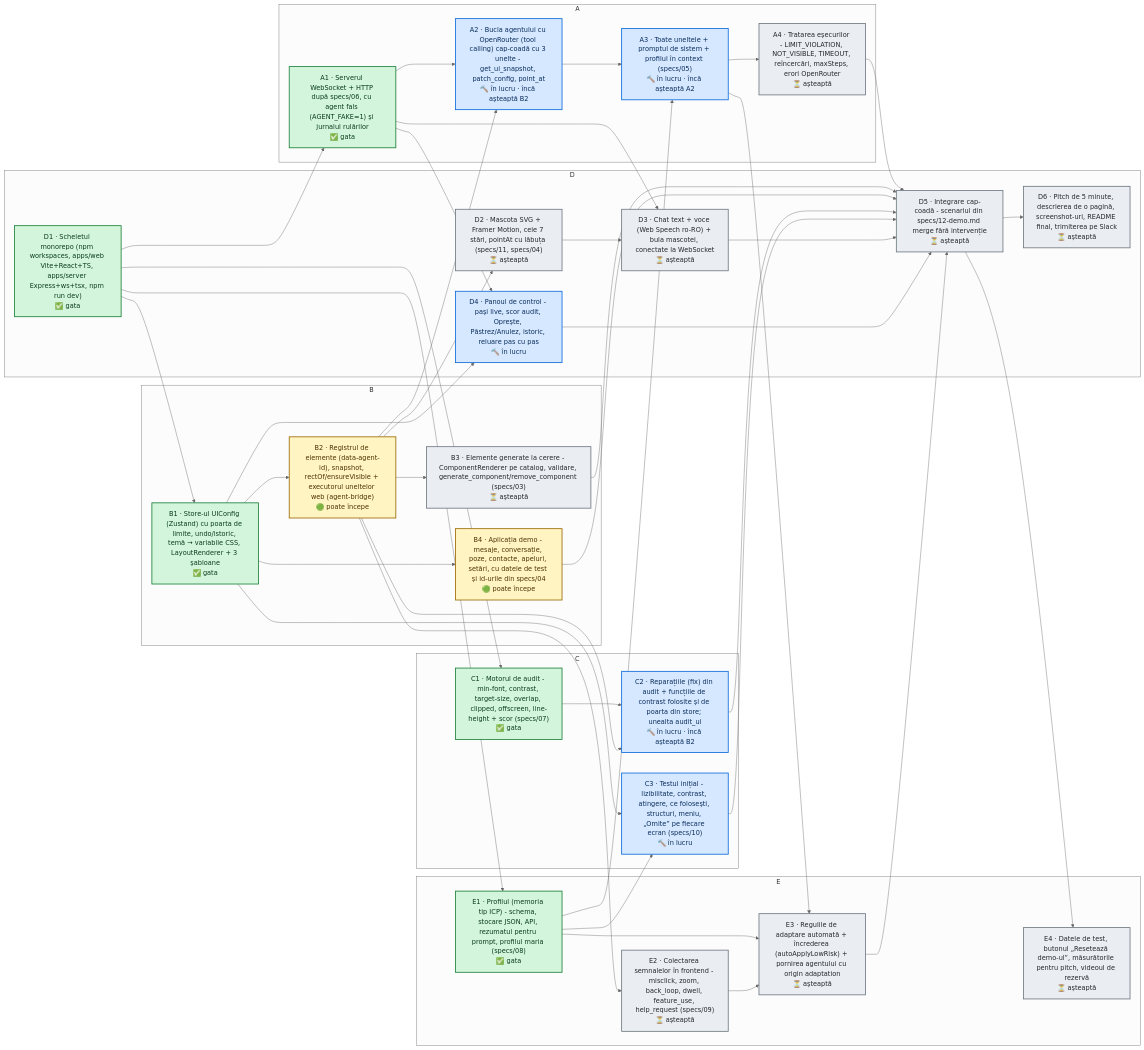
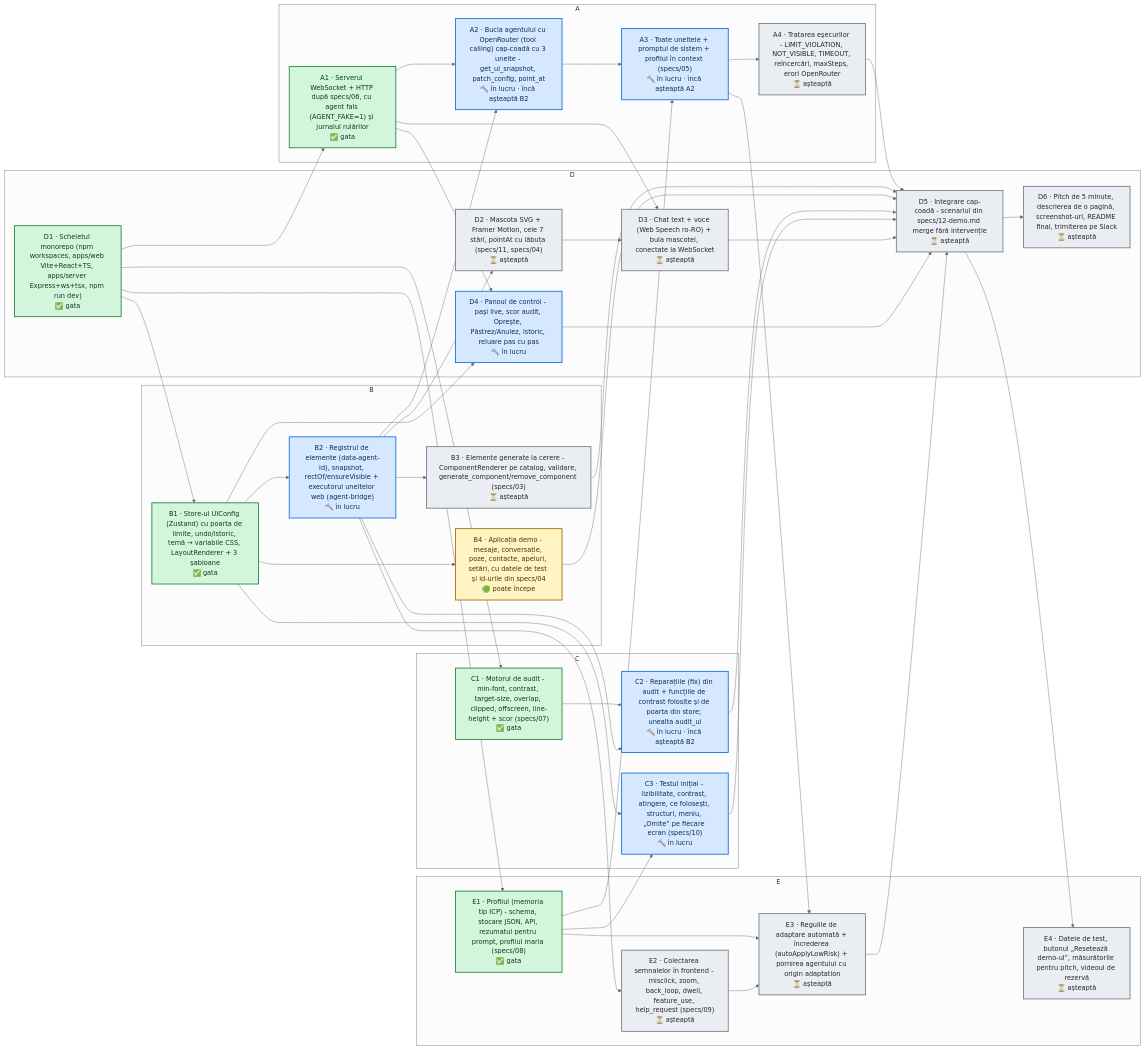
One commit to 06cezar/UiShapeshifter changed the diagram in DAG.md. Above: the diagram before and after it, drawn with Mermaid (neutral theme). The commit also changed other lines of this file and 1 other file, not shown here.

Commit message:
dag: update [skip ci]

````diff
--- a/DAG.md
+++ b/DAG.md
@@ -8,78 +8,78 @@
 ```mermaid
 flowchart LR
   subgraph t_owner_A["A"]
     t_A1["A1 · Serverul WebSocket + HTTP după specs/06, cu agent fals (AGENT_FAKE=1) și jurnalul rulărilor<br/>✅ gata"]
     t_A2["A2 · Bucla agentului cu OpenRouter (tool calling) cap-coadă cu 3 unelte - get_ui_snapshot, patch_config, point_at<br/>🔨 în lucru · încă așteaptă B2"]
     t_A3["A3 · Toate uneltele + promptul de sistem + profilul în context (specs/05)<br/>🔨 în lucru · încă așteaptă A2"]
     t_A4["A4 · Tratarea eșecurilor - LIMIT_VIOLATION, NOT_VISIBLE, TIMEOUT, reîncercări, maxSteps, erori OpenRouter<br/>⏳ așteaptă"]
   end
   subgraph t_owner_B["B"]
     t_B1["B1 · Store-ul UIConfig (Zustand) cu poarta de limite, undo/istoric, temă → variabile CSS, LayoutRenderer + 3 șabloane<br/>✅ gata"]
-    t_B2["B2 · Registrul de elemente (data-agent-id), snapshot, rectOf/ensureVisible + executorul uneltelor web (agent-bridge)<br/>🟢 poate începe"]
+    t_B2["B2 · Registrul de elemente (data-agent-id), snapshot, rectOf/ensureVisible + executorul uneltelor web (agent-bridge)<br/>🔨 în lucru"]
     t_B3["B3 · Elemente generate la cerere - ComponentRenderer pe catalog, validare, generate_component/remove_component (specs/03)<br/>⏳ așteaptă"]
     t_B4["B4 · Aplicația demo - mesaje, conversație, poze, contacte, apeluri, setări, cu datele de test și id-urile din specs/04<br/>🟢 poate începe"]
   end
   subgraph t_owner_C["C"]
     t_C1["C1 · Motorul de audit - min-font, contrast, target-size, overlap, clipped, offscreen, line-height + scor (specs/07)<br/>✅ gata"]
     t_C2["C2 · Reparațiile (fix) din audit + funcțiile de contrast folosite și de poarta din store; unealta audit_ui<br/>🔨 în lucru · încă așteaptă B2"]
     t_C3["C3 · Testul inițial - lizibilitate, contrast, atingere, ce folosești, structuri, meniu, „Omite” pe fiecare ecran (specs/10)<br/>🔨 în lucru"]
   end
   subgraph t_owner_D["D"]
     t_D1["D1 · Scheletul monorepo (npm workspaces, apps/web Vite+React+TS, apps/server Express+ws+tsx, npm run dev)<br/>✅ gata"]
     t_D2["D2 · Mascota SVG + Framer Motion, cele 7 stări, pointAt cu lăbuța (specs/11, specs/04)<br/>⏳ așteaptă"]
     t_D3["D3 · Chat text + voce (Web Speech ro-RO) + bula mascotei, conectate la WebSocket<br/>⏳ așteaptă"]
     t_D4["D4 · Panoul de control - pași live, scor audit, Oprește, Păstrez/Anulez, istoric, reluare pas cu pas<br/>🔨 în lucru"]
     t_D5["D5 · Integrare cap-coadă - scenariul din specs/12-demo.md merge fără intervenție<br/>⏳ așteaptă"]
     t_D6["D6 · Pitch de 5 minute, descrierea de o pagină, screenshot-uri, README final, trimiterea pe Slack<br/>⏳ așteaptă"]
   end
   subgraph t_owner_E["E"]
     t_E1["E1 · Profilul (memoria tip ICP) - schema, stocare JSON, API, rezumatul pentru prompt, profilul maria (specs/08)<br/>✅ gata"]
     t_E2["E2 · Colectarea semnalelor în frontend - misclick, zoom, back_loop, dwell, feature_use, help_request (specs/09)<br/>⏳ așteaptă"]
     t_E3["E3 · Regulile de adaptare automată + încrederea (autoApplyLowRisk) + pornirea agentului cu origin adaptation<br/>⏳ așteaptă"]
     t_E4["E4 · Datele de test, butonul „Resetează demo-ul”, măsurătorile pentru pitch, videoul de rezervă<br/>⏳ așteaptă"]
   end
   t_B2 --> t_D2
   t_A1 --> t_D3
   t_D2 --> t_D3
   t_A1 --> t_D4
   t_B1 --> t_D4
   t_A4 --> t_D5
   t_B3 --> t_D5
   t_B4 --> t_D5
   t_C2 --> t_D5
   t_C3 --> t_D5
   t_D3 --> t_D5
   t_D4 --> t_D5
   t_E3 --> t_D5
   t_D5 --> t_D6
   t_D1 --> t_A1
   t_A1 --> t_A2
   t_B2 --> t_A2
   t_A2 --> t_A3
   t_E1 --> t_A3
   t_A3 --> t_A4
   t_D1 --> t_B1
   t_B1 --> t_B2
   t_B2 --> t_B3
   t_B1 --> t_B4
   t_D1 --> t_C1
   t_C1 --> t_C2
   t_B2 --> t_C2
   t_B1 --> t_C3
   t_E1 --> t_C3
   t_D1 --> t_E1
   t_B2 --> t_E2
   t_E1 --> t_E3
   t_E2 --> t_E3
   t_A3 --> t_E3
   t_D5 --> t_E4
   classDef done fill:#d3f5dc,stroke:#1a7f37,color:#0b3d1a,stroke-width:2px
   classDef progress fill:#d6e8ff,stroke:#0969da,color:#0a2d5c,stroke-width:2px
   classDef ready fill:#fff4c2,stroke:#9a6700,color:#4d3300,stroke-width:2px
   classDef wait fill:#eaeef2,stroke:#6e7781,color:#24292f,stroke-width:2px
   classDef blocked fill:#ffd8d3,stroke:#cf222e,color:#5c0b10,stroke-width:2px
   class t_D1,t_A1,t_B1,t_C1,t_E1 done
-  class t_D4,t_A2,t_A3,t_C2,t_C3 progress
-  class t_B2,t_B4 ready
+  class t_D4,t_A2,t_A3,t_B2,t_C2,t_C3 progress
+  class t_B4 ready
   class t_D2,t_D3,t_D5,t_D6,t_A4,t_B3,t_E2,t_E3,t_E4 wait
 ```
````
